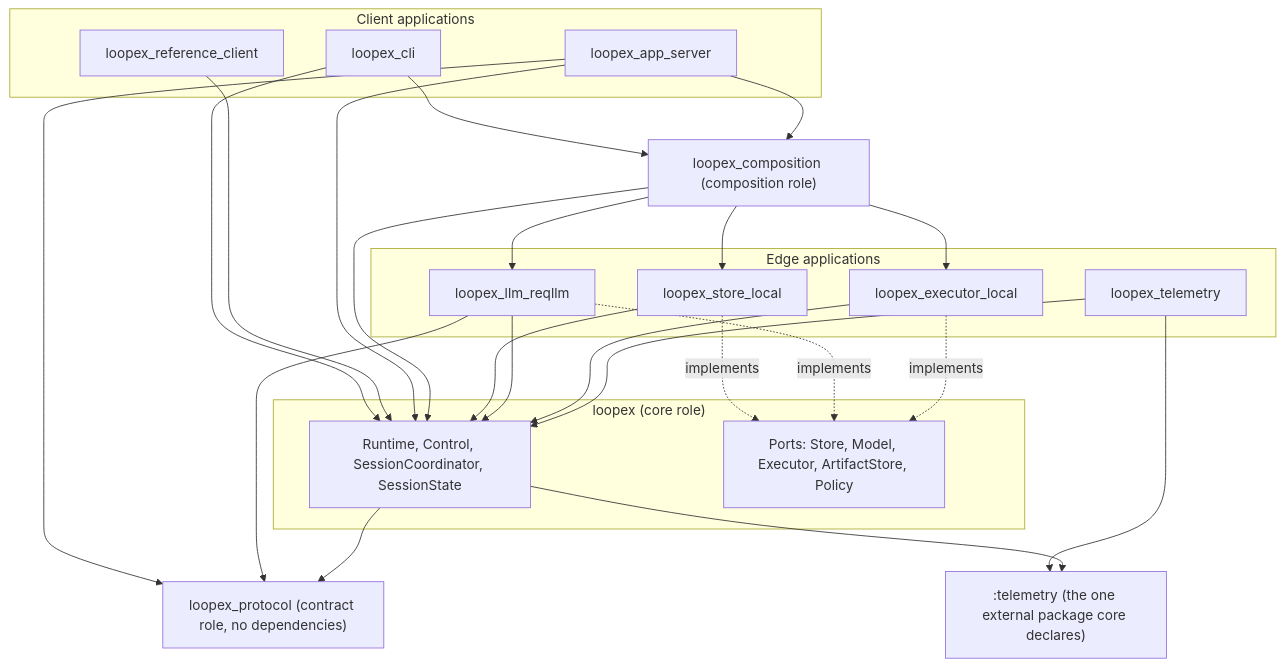
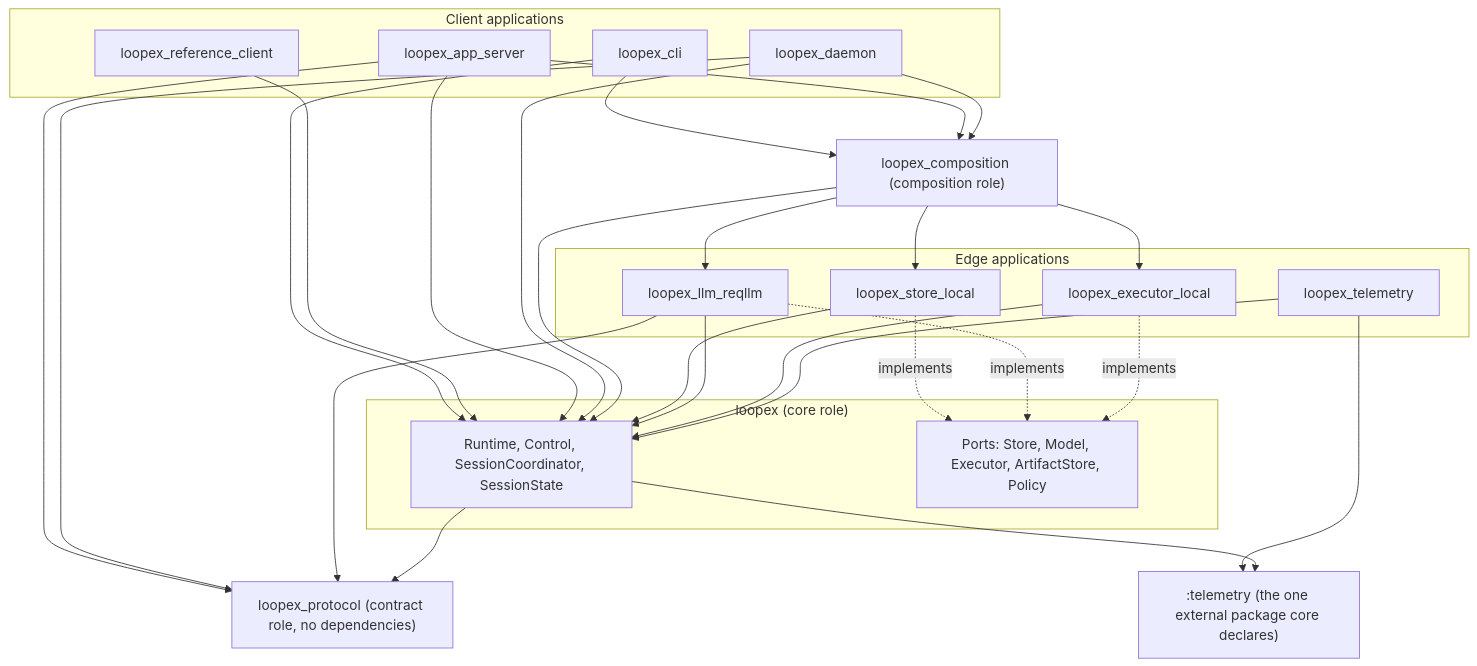
The first of 2 diagrams in docs/developer/architecture.md (lexlapax/loopex), drawn with Mermaid before and after one commit. The commit also changed other lines of this file and 13 other files, not shown here.

````diff
--- a/docs/developer/architecture.md
+++ b/docs/developer/architecture.md
@@ -68,47 +69,51 @@
 ```mermaid
 flowchart TB
     subgraph Clients["Client applications"]
       CLI["loopex_cli"]
       REF["loopex_reference_client"]
       APPS["loopex_app_server"]
+      DAEMON["loopex_daemon"]
     end
 
     COMP["loopex_composition (composition role)"]
 
     subgraph Kernel["loopex (core role)"]
       RUNTIME["Runtime, Control, SessionCoordinator, SessionState"]
       PORTS["Ports: Store, Model, Executor, ArtifactStore, Policy"]
     end
 
     PROTO["loopex_protocol (contract role, no dependencies)"]
     TEL[":telemetry (the one external package core declares)"]
 
     subgraph Edges["Edge applications"]
       STORE["loopex_store_local"]
       LLM["loopex_llm_reqllm"]
       EXEC["loopex_executor_local"]
       TELE["loopex_telemetry"]
     end
 
     CLI --> COMP
     CLI --> RUNTIME
     REF --> RUNTIME
     APPS --> COMP
     APPS --> RUNTIME
     APPS --> PROTO
+    DAEMON --> COMP
+    DAEMON --> RUNTIME
+    DAEMON --> PROTO
     COMP --> RUNTIME
     COMP --> STORE
     COMP --> LLM
     COMP --> EXEC
     STORE --> RUNTIME
     LLM --> RUNTIME
     EXEC --> RUNTIME
     TELE --> RUNTIME
     TELE --> TEL
     LLM --> PROTO
     RUNTIME --> PROTO
     RUNTIME --> TEL
     STORE -. implements .-> PORTS
     LLM -. implements .-> PORTS
     EXEC -. implements .-> PORTS
 ```
````
